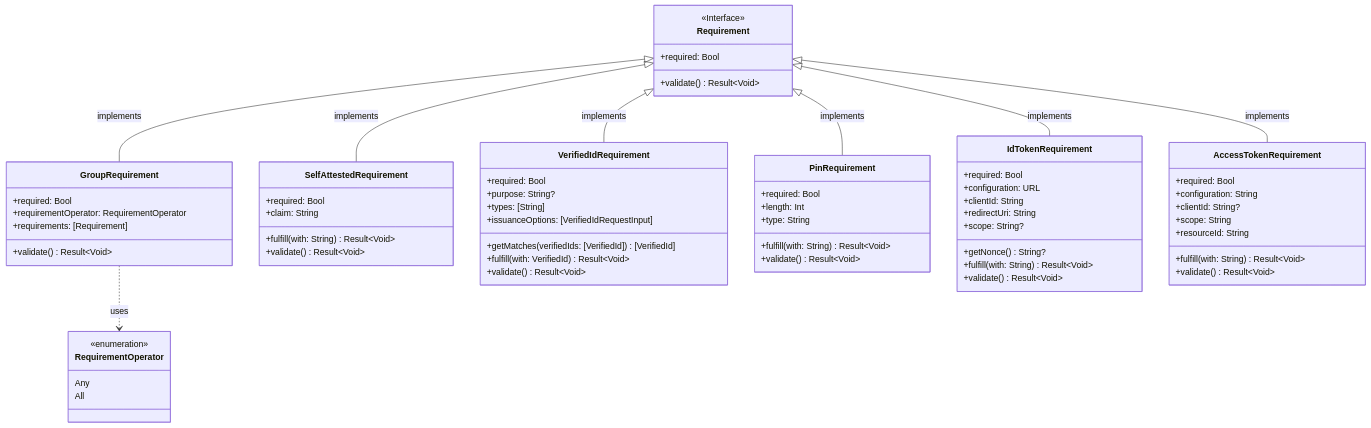
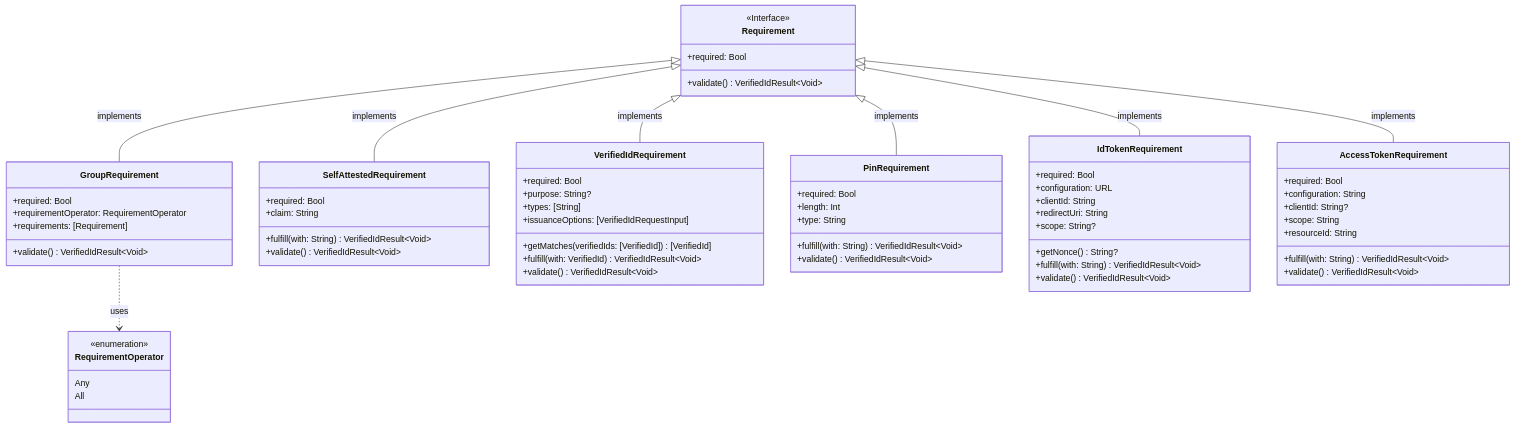
One commit to microsoft/entra-verifiedid-wallet-library-ios changed the second of 3 diagrams in Docs/LibraryArchitecture.md. Above: the diagram before and after it, drawn with Mermaid. The commit also changed other lines of this file and 1 other file, not shown here.

Commit message:
Update Documentation to include VerifiedIdResult

````diff
--- a/Docs/LibraryArchitecture.md
+++ b/Docs/LibraryArchitecture.md
@@ -85,67 +85,67 @@
 ```mermaid
 classDiagram
 GroupRequirement ..> RequirementOperator: uses
 Requirement <|-- GroupRequirement: implements
 Requirement <|-- SelfAttestedRequirement: implements
 Requirement <|-- VerifiedIdRequirement: implements
 Requirement <|-- PinRequirement: implements
 Requirement <|-- IdTokenRequirement: implements
 Requirement <|-- AccessTokenRequirement: implements
 <<Interface>> Requirement
 class Requirement {
     +required: Bool
-    +validate() Result<<T>Void>
+    +validate() VerifiedIdResult<<T>Void>
 }
 class GroupRequirement {
     +required: Bool
     +requirementOperator: RequirementOperator
     +requirements: [Requirement]
-    +validate() Result<<T>Void>
+    +validate() VerifiedIdResult<<T>Void>
 }
 <<enumeration>> RequirementOperator
 class RequirementOperator {
     Any
     All 
 }
 class SelfAttestedRequirement {
     +required: Bool
     +claim: String
-    +fulfill(with: String) Result<<T>Void>
-    +validate() Result<<T>Void>
+    +fulfill(with: String) VerifiedIdResult<<T>Void>
+    +validate() VerifiedIdResult<<T>Void>
 }
 class VerifiedIdRequirement {
     +required: Bool
     +purpose: String?
     +types: [String]
     +issuanceOptions: [VerifiedIdRequestInput]
     +getMatches(verifiedIds: [VerifiedId]) [VerifiedId]
-    +fulfill(with: VerifiedId) Result<<T>Void>
-    +validate() Result<<T>Void>
+    +fulfill(with: VerifiedId) VerifiedIdResult<<T>Void>
+    +validate() VerifiedIdResult<<T>Void>
 }
 class PinRequirement {
     +required: Bool
     +length: Int
     +type: String
-    +fulfill(with: String) Result<<T>Void>
-    +validate() Result<<T>Void>
+    +fulfill(with: String) VerifiedIdResult<<T>Void>
+    +validate() VerifiedIdResult<<T>Void>
 }
 class IdTokenRequirement {
     +required: Bool
     +configuration: URL
     +clientId: String
     +redirectUri: String
     +scope: String?
     +getNonce() String?
-    +fulfill(with: String) Result<<T>Void>
-    +validate() Result<<T>Void>
+    +fulfill(with: String) VerifiedIdResult<<T>Void>
+    +validate() VerifiedIdResult<<T>Void>
 }
 class AccessTokenRequirement {
     +required: Bool
     +configuration: String
     +clientId: String?
     +scope: String
     +resourceId: String
-    +fulfill(with: String) Result<<T>Void>
-    +validate() Result<<T>Void>
+    +fulfill(with: String) VerifiedIdResult<<T>Void>
+    +validate() VerifiedIdResult<<T>Void>
 }
 ```
````
